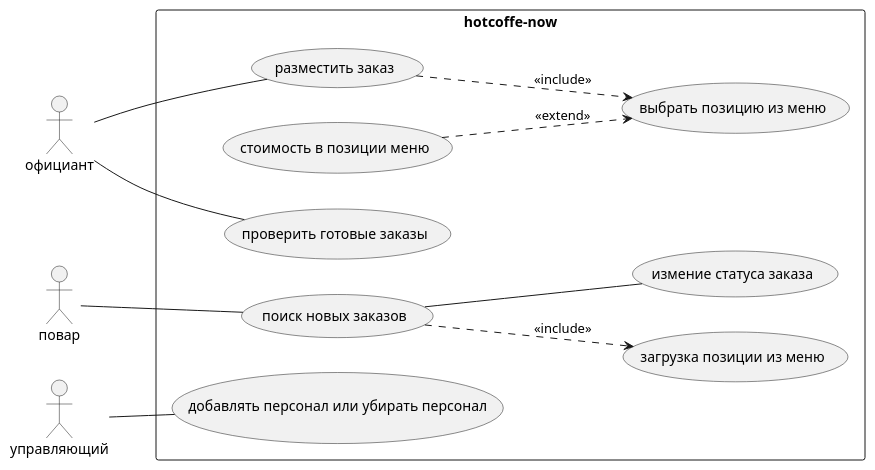
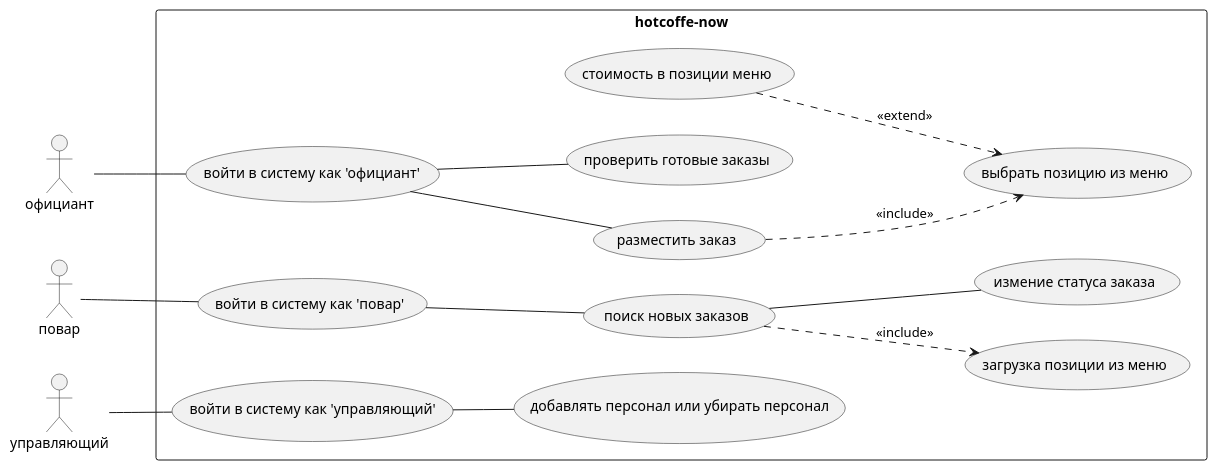
One commit to swimk0p/informatic-project changed the diagram in docs/usecase_uml.plantuml. Above: the diagram before and after it, drawn with PlantUML.

Commit message:
use case fix

```diff
--- a/docs/usecase_uml.plantuml
+++ b/docs/usecase_uml.plantuml
@@ -1,38 +1,45 @@
 @startuml
 left to right direction
 
 actor "официант" as Reader
 actor "повар" as Powar
 actor "управляющий" as Admin
 
 rectangle "hotcoffe-now" {
 
     usecase "разместить заказ" as UC_Register_zakaz
 
     usecase "выбрать позицию из меню" as UC_chose_pos
     usecase "стоимость в позиции меню" as UC_price_pos
     usecase "проверить готовые заказы" as UC_check_state_pos
 
- 
+    usecase "войти в систему как 'официант'" as UC_in_Reader
+    usecase "войти в систему как 'повар'" as UC_in_Powar
+    usecase "войти в систему как 'управляющий'" as UC_in_Admin
 
     usecase "поиск новых заказов" as UC_check_new_pos
     usecase "загрузка позиции из меню" as UC_load_pos
     usecase "измение статуса заказа" as UC_change_state_pos
 
     usecase "добавлять персонал или убирать персонал" as UC_admin_rights
 
 }
 
-Reader -- UC_Register_zakaz
-Reader -- UC_check_state_pos
+
+Reader -- UC_in_Reader
+
+UC_in_Reader -- UC_Register_zakaz
+UC_in_Reader -- UC_check_state_pos
+
 UC_Register_zakaz ..> UC_chose_pos : <<include>>
 UC_price_pos ..> UC_chose_pos : <<extend>>
 
-Powar -- UC_check_new_pos
+Powar -- UC_in_Powar
+UC_in_Powar--UC_check_new_pos
 UC_check_new_pos -- UC_change_state_pos
 UC_check_new_pos ..> UC_load_pos : <<include>>
 
-Admin -- UC_admin_rights
-
+Admin -- UC_in_Admin
+UC_in_Admin -- UC_admin_rights
 
 @enduml
```
